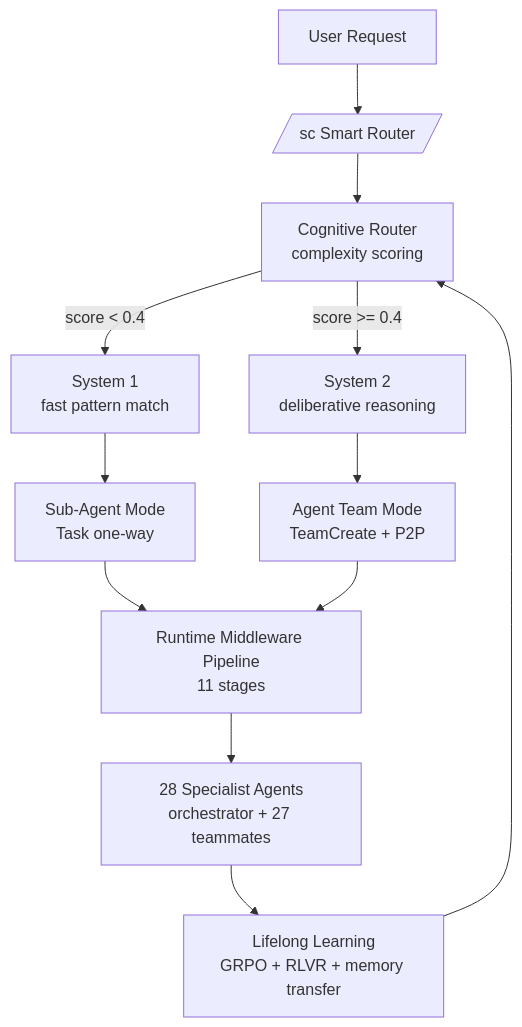
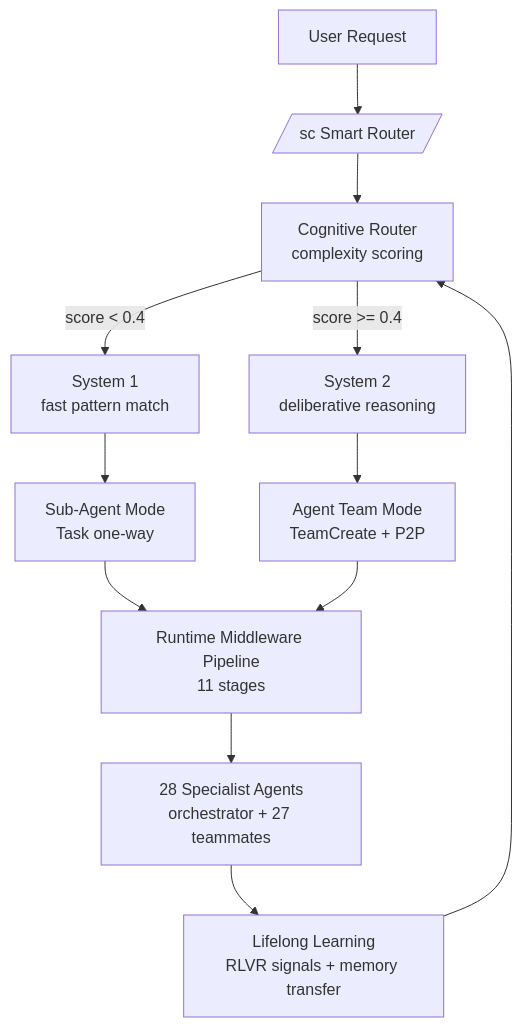
One commit to Yoodaddy0311/artibot changed the diagram in plugins/artibot/README.md. Above: the diagram before and after it, drawn with Mermaid. The commit also changed other lines of this file and 22 other files, not shown here.

````diff
--- a/plugins/artibot/README.md
+++ b/plugins/artibot/README.md
@@ -70,14 +72,14 @@
 ```mermaid
 flowchart TD
     U[User Request] --> SC[/sc Smart Router/]
     SC --> CR[Cognitive Router<br/>complexity scoring]
     CR -->|score &lt; 0.4| S1[System 1<br/>fast pattern match]
     CR -->|score &gt;= 0.4| S2[System 2<br/>deliberative reasoning]
     S1 --> SUB[Sub-Agent Mode<br/>Task one-way]
     S2 --> TM[Agent Team Mode<br/>TeamCreate + P2P]
     SUB --> RT[Runtime Middleware Pipeline<br/>11 stages]
     TM --> RT
     RT --> AG[28 Specialist Agents<br/>orchestrator + 27 teammates]
-    AG --> LL[Lifelong Learning<br/>GRPO + RLVR + memory transfer]
+    AG --> LL[Lifelong Learning<br/>RLVR signals + memory transfer]
     LL --> CR
 ```
````
